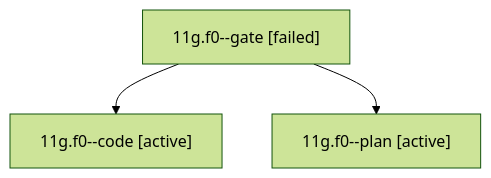
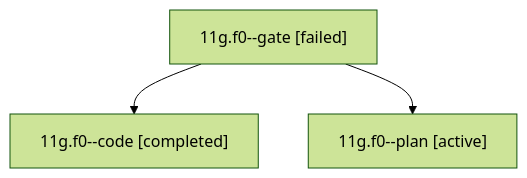
One commit to bobs-org/bob-cli--agents changed the diagram in sessions/bbugyi200.athena.11g.f0.md. Above: the diagram before and after it, drawn with Mermaid (forest theme). The commit also changed other lines of this file and 37 other files, not shown here.

````diff
--- a/sessions/bbugyi200.athena.11g.f0.md
+++ b/sessions/bbugyi200.athena.11g.f0.md
@@ -9,8 +9,8 @@
 ```mermaid
 flowchart TD
   n0["11g.f0--gate [failed]"]
-  n1["11g.f0--code [active]"]
+  n1["11g.f0--code [completed]"]
   n0 --> n1
   n2["11g.f0--plan [active]"]
   n0 --> n2
 ```
````
